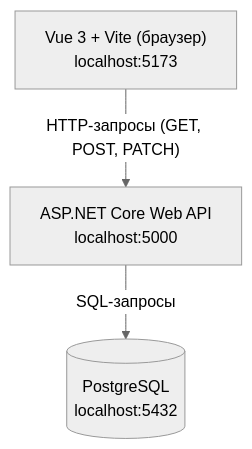
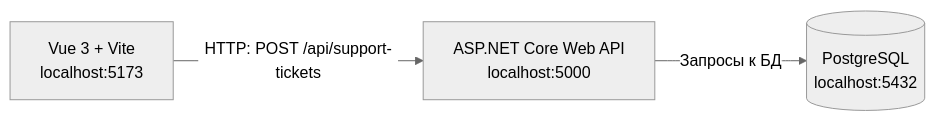
The diagram in docs/architecture.md (fewste718/ris-web-2026), drawn with Mermaid (neutral theme) before and after one commit. The commit also changed other lines of this file and 6 other files, not shown here.

````diff
--- a/docs/architecture.md
+++ b/docs/architecture.md
@@ -5,9 +5,9 @@
 ```mermaid
-flowchart TD
-    Browser["Vue 3 + Vite (браузер)<br>localhost:5173"]
+flowchart LR
+    Browser["Vue 3 + Vite<br>localhost:5173"]
     API["ASP.NET Core Web API<br>localhost:5000"]
     DB[("PostgreSQL<br>localhost:5432")]
 
-    Browser -- "HTTP-запросы (GET, POST, PATCH)" --> API
-    API -- "SQL-запросы" --> DB
+    Browser -- "HTTP: POST /api/support-tickets" --> API
+    API -- "Запросы к БД" --> DB
 ```
````
